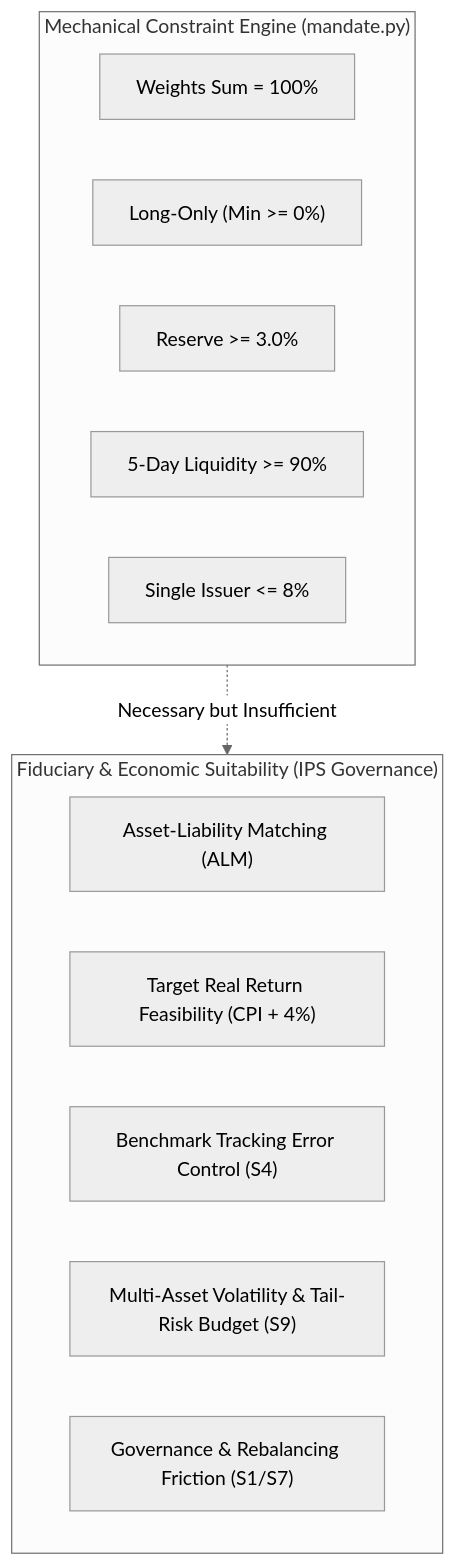
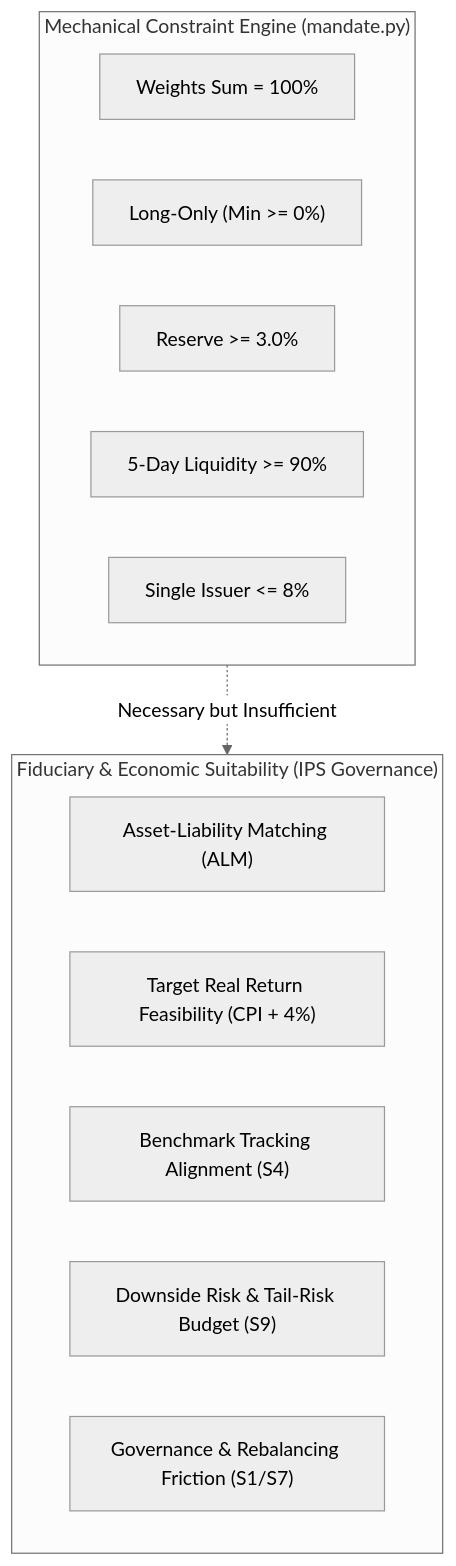
Before and after one commit to river313/IREN-research: the fourth of 4 diagrams in Lab-13/lab13.md, drawn with Mermaid (neutral theme). The commit also changed other lines of this file and 1 other file, not shown here.

````diff
--- a/Lab-13/lab13.md
+++ b/Lab-13/lab13.md
@@ -353,20 +353,20 @@
 ```mermaid
 flowchart TD
     subgraph Mechanical ["Mechanical Constraint Engine (mandate.py)"]
         R1["Weights Sum = 100%"]
         R2["Long-Only (Min >= 0%)"]
         R3["Reserve >= 3.0%"]
         R4["5-Day Liquidity >= 90%"]
         R5["Single Issuer <= 8%"]
     end
     
     subgraph Fiduciary ["Fiduciary & Economic Suitability (IPS Governance)"]
         F1["Asset-Liability Matching (ALM)"]
         F2["Target Real Return Feasibility (CPI + 4%)"]
-        F3["Benchmark Tracking Error Control (S4)"]
-        F4["Multi-Asset Volatility & Tail-Risk Budget (S9)"]
+        F3["Benchmark Tracking Alignment (S4)"]
+        F4["Downside Risk & Tail-Risk Budget (S9)"]
         F5["Governance & Rebalancing Friction (S1/S7)"]
     end
     
     Mechanical -.->|"Necessary but Insufficient"| Fiduciary
 ```
````
